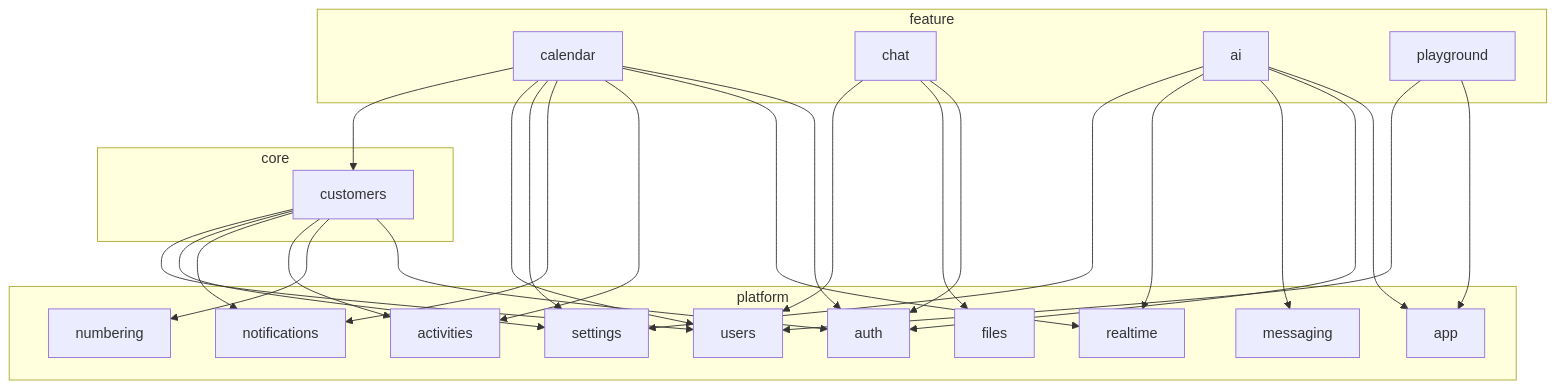
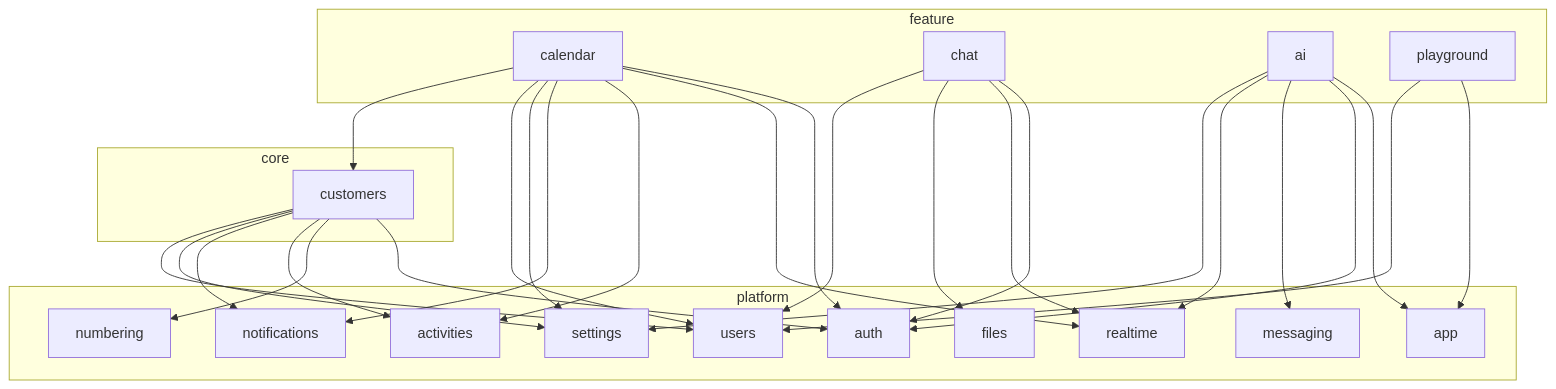
One commit to dentiman/tenantry changed the diagram in docs/modules.md. Above: the diagram before and after it, drawn with Mermaid. The commit also changed other lines of this file and 35 other files, not shown here.

````diff
--- a/docs/modules.md
+++ b/docs/modules.md
@@ -52,30 +52,30 @@
 ```mermaid
 flowchart TB
   subgraph feature
     calendar
     chat
     ai
     playground
   end
   subgraph core
     customers
   end
   subgraph platform
     app
     auth
     users
     settings
     files
     notifications
     activities
     realtime
     messaging
     numbering
   end
   calendar --> customers
   calendar --> users & settings & notifications & activities & realtime & auth
-  chat --> users & files & auth
+  chat --> users & files & realtime & auth
   ai --> settings & realtime & messaging & auth & app
   playground --> users & app
   customers --> users & settings & notifications & activities & numbering & auth
 ```
````
